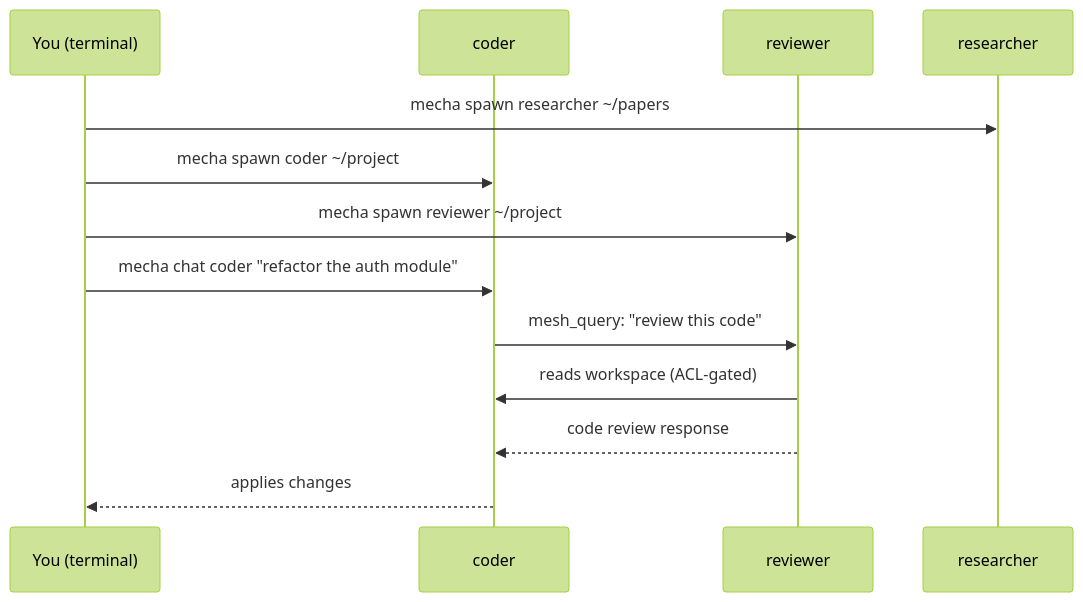
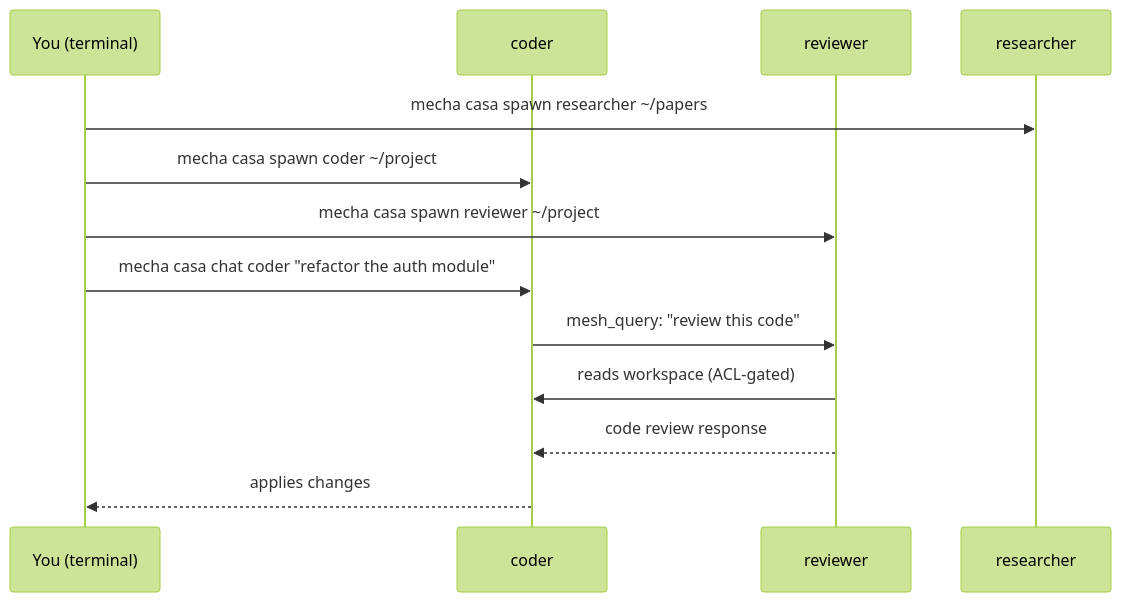
The diagram in website/docs/guide/index.md (johnloveworld2022-ops/mecha.im), drawn with Mermaid (forest theme) before and after one commit. The commit also changed 16 other files, not shown here.

First line of the commit message:
docs: fix accuracy issues, mermaid v11 syntax, and casa command prefixes

````diff
--- a/website/docs/guide/index.md
+++ b/website/docs/guide/index.md
@@ -16,16 +16,16 @@
 ```mermaid
 sequenceDiagram
   participant You as You (terminal)
   participant coder
   participant reviewer
   participant researcher
 
-  You->>researcher: mecha spawn researcher ~/papers
-  You->>coder: mecha spawn coder ~/project
-  You->>reviewer: mecha spawn reviewer ~/project
-  You->>coder: mecha chat coder "refactor the auth module"
+  You->>researcher: mecha casa spawn researcher ~/papers
+  You->>coder: mecha casa spawn coder ~/project
+  You->>reviewer: mecha casa spawn reviewer ~/project
+  You->>coder: mecha casa chat coder "refactor the auth module"
   coder->>reviewer: mesh_query: "review this code"
   reviewer->>coder: reads workspace (ACL-gated)
   reviewer-->>coder: code review response
   coder-->>You: applies changes
 ```
````
